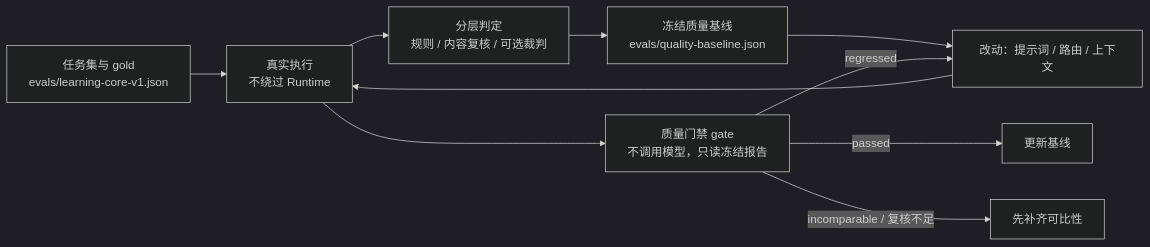
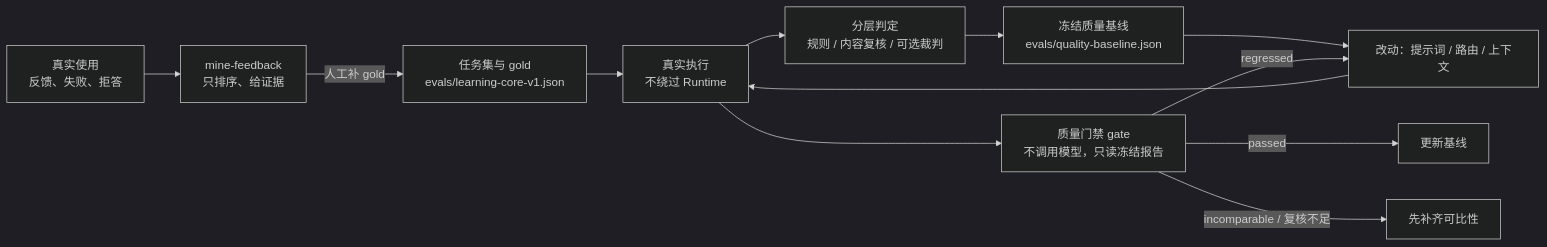
The diagram in docs/evaluation-loop.md (canglang007/learning-agent), drawn with Mermaid (dark theme) before and after one commit. The commit also changed other lines of this file and 5 other files, not shown here.

````diff
--- a/docs/evaluation-loop.md
+++ b/docs/evaluation-loop.md
@@ -9,12 +9,14 @@
 ```mermaid
 flowchart LR
   A[任务集与 gold<br/>evals/learning-core-v1.json] --> B[真实执行<br/>不绕过 Runtime]
   B --> C[分层判定<br/>规则 / 内容复核 / 可选裁判]
   C --> D[冻结质量基线<br/>evals/quality-baseline.json]
   D --> E[改动：提示词 / 路由 / 上下文]
   E --> B
   B --> F[质量门禁 gate<br/>不调用模型，只读冻结报告]
   F -->|passed| G[更新基线]
   F -->|regressed| E
   F -->|incomparable / 复核不足| H[先补齐可比性]
+  I[真实使用<br/>反馈、失败、拒答] --> J[mine-feedback<br/>只排序、给证据]
+  J -->|人工补 gold| A
 ```
````
